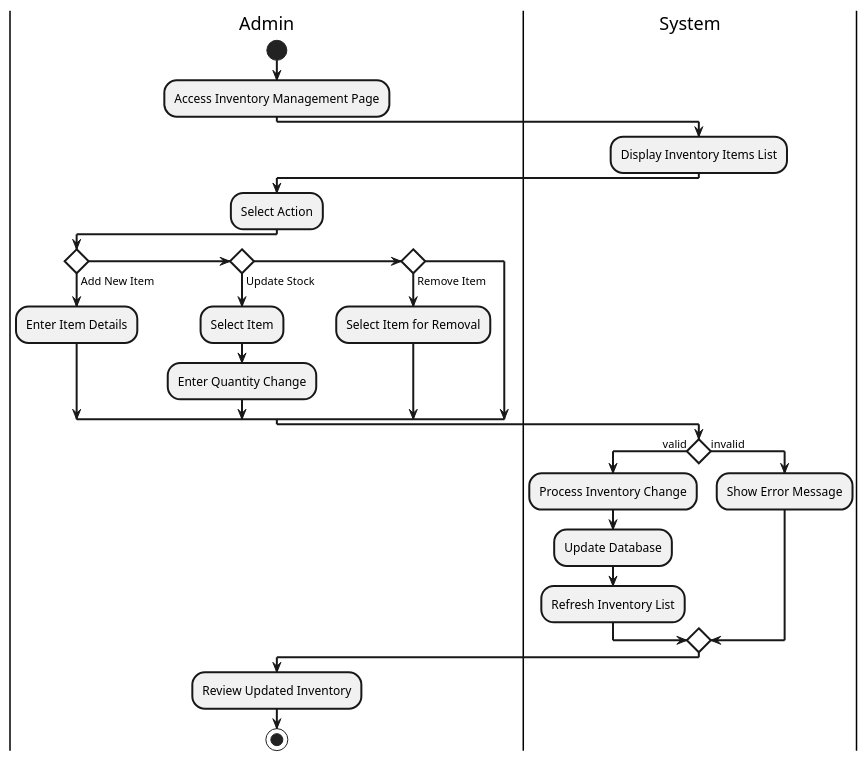
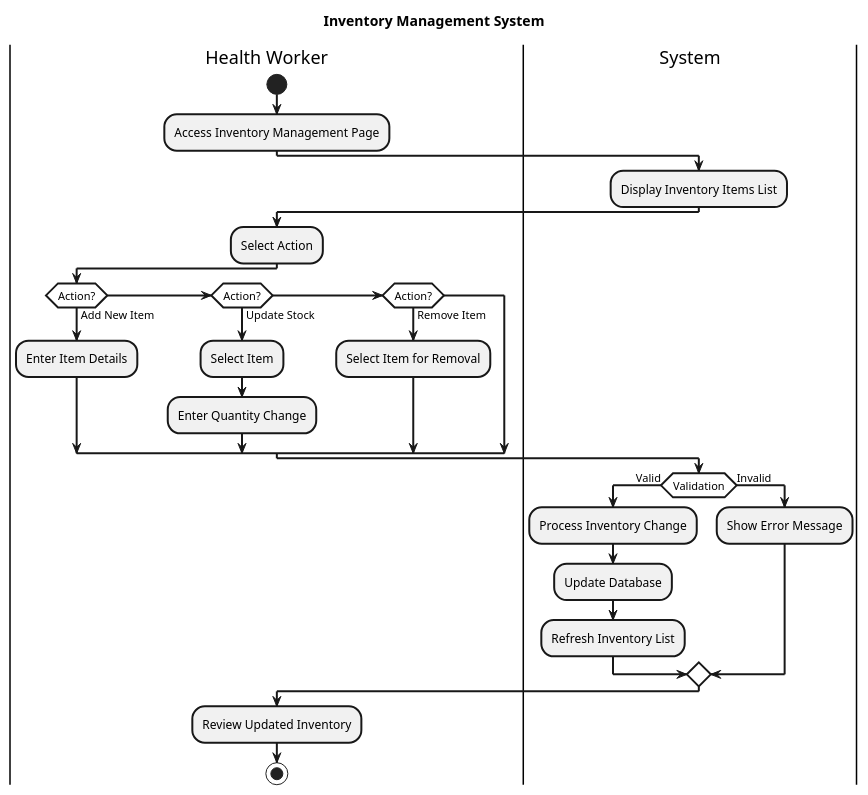
One commit to KuroKage-001/Mamatid_MedClinic changed the diagram in dist/02 - diagrams/Activity_Diagrams/inventory_management_activity.puml. Above: the diagram before and after it, drawn with PlantUML. The commit also changed 5 other files, not shown here.

```diff
--- a/dist/02 - diagrams/Activity_Diagrams/inventory_management_activity.puml
+++ b/dist/02 - diagrams/Activity_Diagrams/inventory_management_activity.puml
@@ -1,41 +1,43 @@
 @startuml
 skinparam defaultTextAlignment center
 skinparam ArrowThickness 2
 skinparam ActivityBorderThickness 2
 skinparam ActivityDiamondBackgroundColor white
 skinparam ActivityDiamondBorderThickness 2
 
-|Admin|
+title Inventory Management System
+
+|Health Worker|
 start
 :Access Inventory Management Page;
 
 |System|
 :Display Inventory Items List;
 
-|Admin|
+|Health Worker|
 :Select Action;
 
-if () then (Add New Item)
+if (Action?) then (Add New Item)
   :Enter Item Details;
-elseif () then (Update Stock)
+elseif (Action?) then (Update Stock)
   :Select Item;
   :Enter Quantity Change;
-elseif () then (Remove Item)
+elseif (Action?) then (Remove Item)
   :Select Item for Removal;
 endif
 
 |System|
-if () then (valid)
+if (Validation) then (Valid)
   :Process Inventory Change;
   :Update Database;
   :Refresh Inventory List;
-else (invalid)
+else (Invalid)
   :Show Error Message;
 endif
 
-|Admin|
+|Health Worker|
 :Review Updated Inventory;
 
 stop
 
 @enduml 
```
